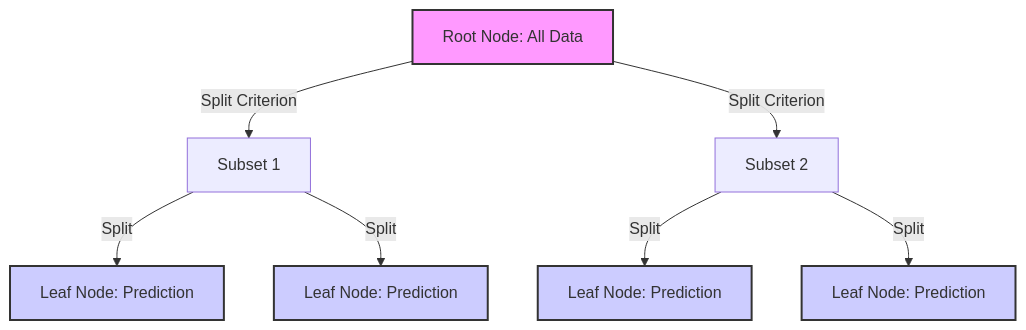
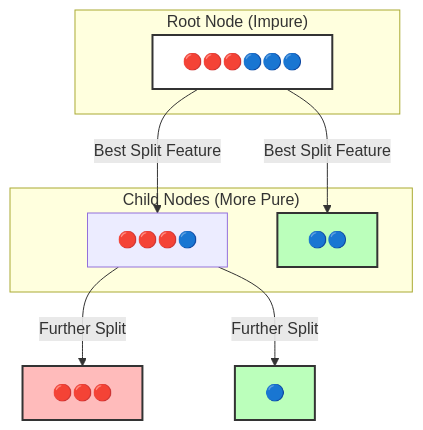
Before and after one commit to harshitha-8/Tech-Demystified: the second of 3 diagrams in articles/006-decision-trees.md, drawn with Mermaid. The commit also changed other lines of this file, not shown here.

Commit message:
Enhance diagrams in 006-decision-trees.md

````diff
--- a/articles/006-decision-trees.md
+++ b/articles/006-decision-trees.md
@@ -62,14 +68,22 @@
 ```mermaid
 graph TD
-    A[Root Node: All Data] -->|Split Criterion| B[Subset 1]
-    A -->|Split Criterion| C[Subset 2]
-    B -->|Split| D[Leaf Node: Prediction]
-    B -->|Split| E[Leaf Node: Prediction]
-    C -->|Split| F[Leaf Node: Prediction]
-    C -->|Split| G[Leaf Node: Prediction]
-    style A fill:#f9f,stroke:#333,stroke-width:2px
-    style D fill:#ccf,stroke:#333,stroke-width:2px
-    style E fill:#ccf,stroke:#333,stroke-width:2px
-    style F fill:#ccf,stroke:#333,stroke-width:2px
-    style G fill:#ccf,stroke:#333,stroke-width:2px
+    subgraph "Root Node (Impure)"
+    A[🔴🔴🔴🔵🔵🔵]
+    end
+    
+    A -->|Best Split Feature| B
+    A -->|Best Split Feature| C
+    
+    subgraph "Child Nodes (More Pure)"
+    B[🔴🔴🔴🔵]
+    C[🔵🔵]
+    end
+    
+    B -->|Further Split| D[🔴🔴🔴]
+    B -->|Further Split| E[🔵]
+    
+    style A fill:#fff,stroke:#333,stroke-width:2px
+    style D fill:#fbb,stroke:#333,stroke-width:2px
+    style C fill:#bfb,stroke:#333,stroke-width:2px
+    style E fill:#bfb,stroke:#333,stroke-width:2px
 ```
````
